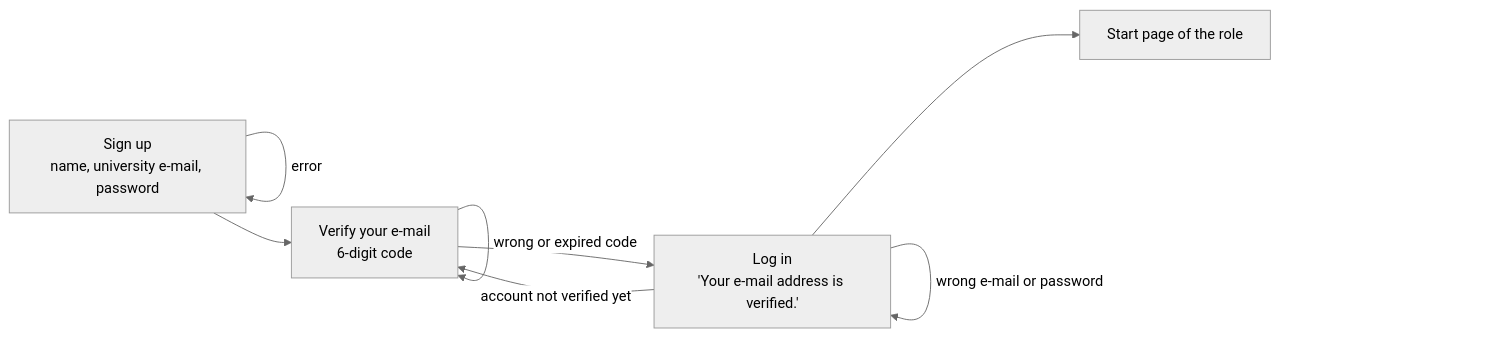
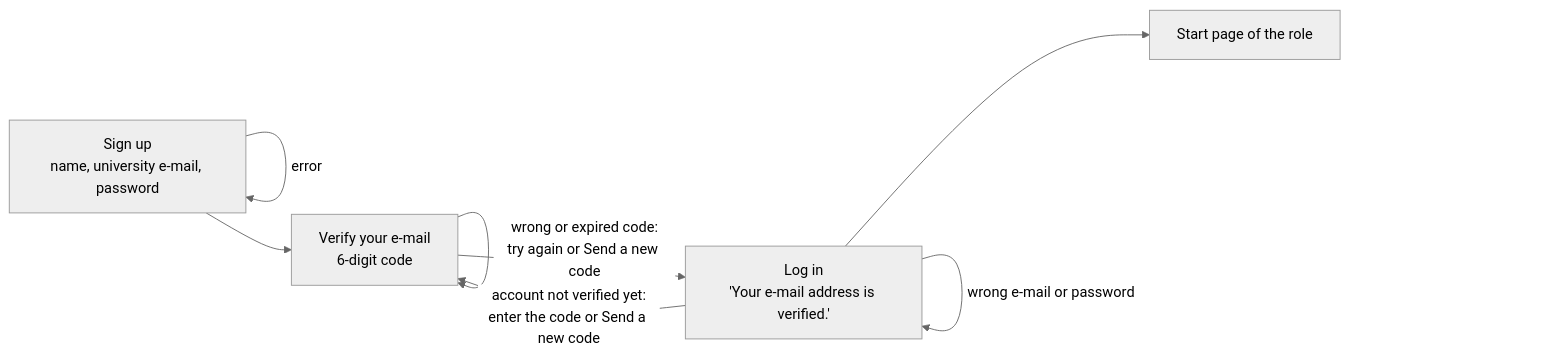
Before and after one commit to emir-heval-arda-harun/CMPE-331-project: the fourth of 4 diagrams in docs/ui_ux_design.md, drawn with Mermaid (neutral theme). The commit also changed other lines of this file and 1 other file, not shown here.

First line of the commit message:
UI/UX design 1.1: Send a new code (flows, screens, privacy, mockups, open points)

````diff
--- a/docs/ui_ux_design.md
+++ b/docs/ui_ux_design.md
@@ -109,10 +109,10 @@
 ```mermaid
 flowchart LR
   A[Sign up<br/>name, university e-mail, password] -->|error| A
   A --> B[Verify your e-mail<br/>6-digit code]
-  B -->|wrong or expired code| B
+  B -->|wrong or expired code:<br/>try again or Send a new code| B
   B --> C[Log in<br/>'Your e-mail address is verified.']
   C -->|wrong e-mail or password| C
-  C -->|account not verified yet| B
+  C -->|account not verified yet:<br/>enter the code or Send a new code| B
   C --> D[Start page of the role]
 ```
````
